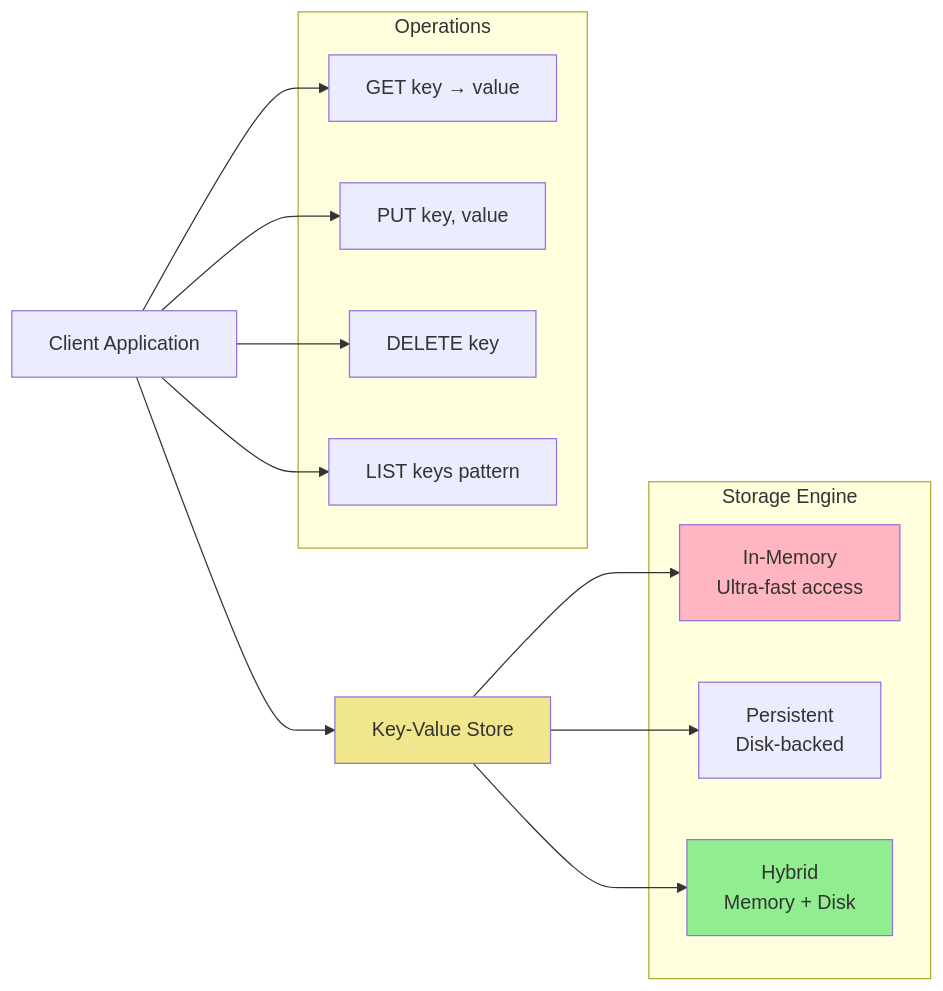
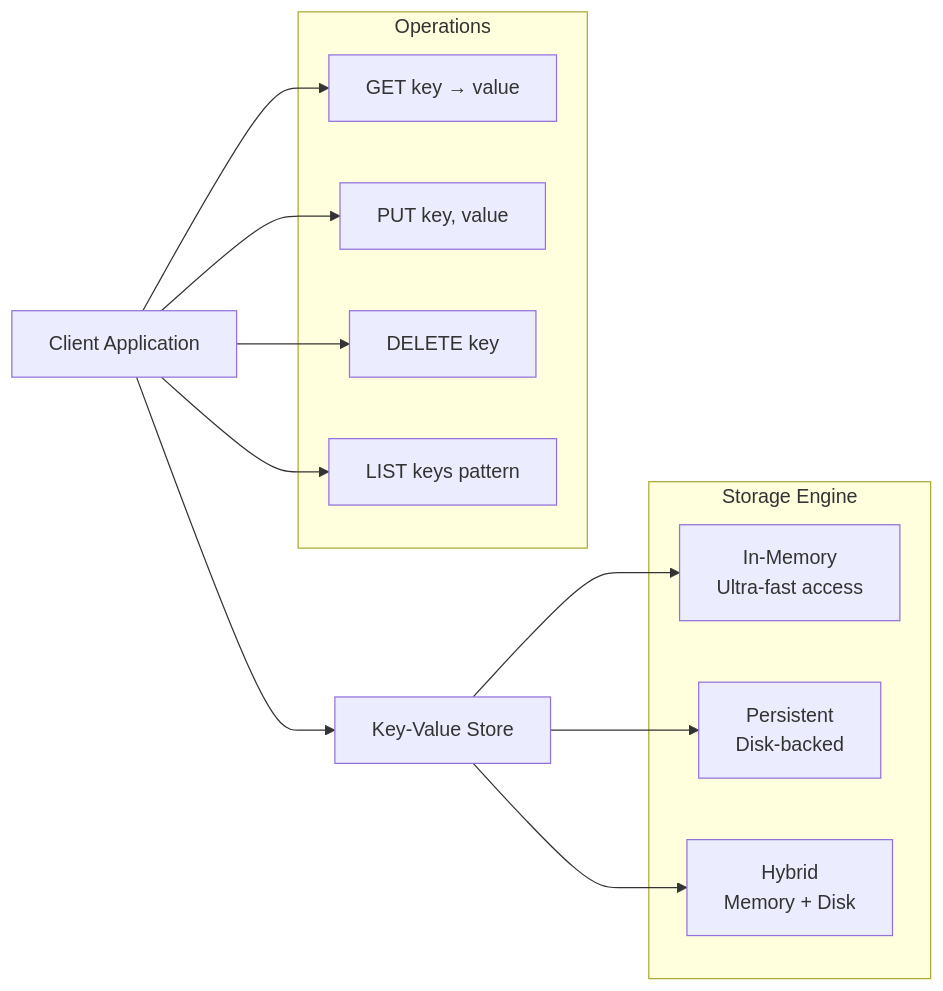
Before and after one commit to Ritahchanger/system_design: the fifth of 15 diagrams in databases/docs/nosql.md, drawn with Mermaid. The commit also changed other lines of this file and 5 other files, not shown here.

Commit message:
Updated visual diagrams and added readme for database case studies

````diff
--- a/databases/docs/nosql.md
+++ b/databases/docs/nosql.md
@@ -167,30 +164,28 @@
 ```mermaid
 graph LR
     Client[Client Application] --> KV[Key-Value Store]
     
     subgraph "Operations"
         GET[GET key → value]
         PUT[PUT key, value]
         DELETE[DELETE key]
         LIST[LIST keys pattern]
     end
     
     Client --> GET
     Client --> PUT
     Client --> DELETE
     Client --> LIST
     
     subgraph "Storage Engine"
         Memory[In-Memory<br/>Ultra-fast access]
         Persistent[Persistent<br/>Disk-backed]
         Hybrid[Hybrid<br/>Memory + Disk]
     end
     
     KV --> Memory
     KV --> Persistent
     KV --> Hybrid
     
-    style KV fill:#F0E68C
-    style Memory fill:#FFB6C1
-    style Hybrid fill:#90EE90
+  
 ```
````
